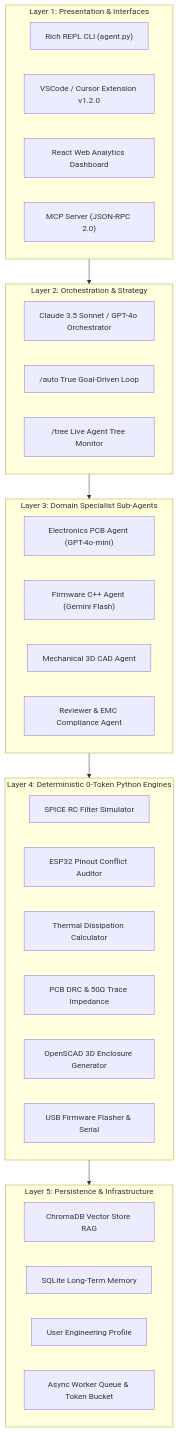
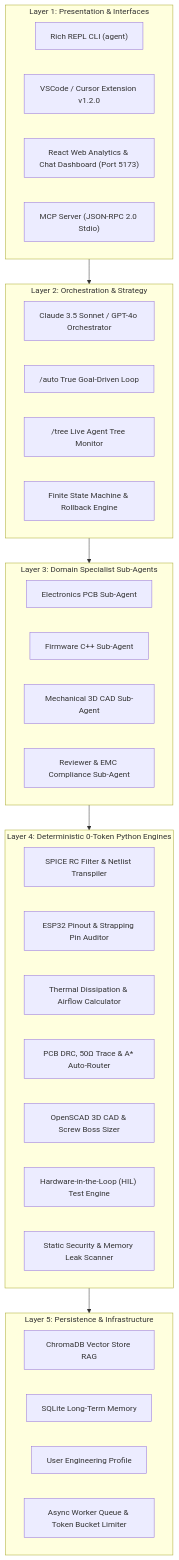
One commit to Alihanesentas/agent_system changed the diagram in README.md. Above: the diagram before and after it, drawn with Mermaid. The commit also changed other lines of this file and 1 other file, not shown here.

Commit message:
docs(master): rewrite all documentation in professional English, update MIT license, ecosystem architecture, framework comparisons, and manual

````diff
--- a/README.md
+++ b/README.md
@@ -23,43 +23,45 @@
 ```mermaid
 graph TD
     subgraph Layer1["Layer 1: Presentation & Interfaces"]
-        CLI["Rich REPL CLI (agent.py)"]
+        CLI["Rich REPL CLI (agent)"]
         VSC["VSCode / Cursor Extension v1.2.0"]
-        WEB["React Web Analytics Dashboard"]
-        MCP["MCP Server (JSON-RPC 2.0)"]
+        WEB["React Web Analytics & Chat Dashboard (Port 5173)"]
+        MCP["MCP Server (JSON-RPC 2.0 Stdio)"]
     end
 
     subgraph Layer2["Layer 2: Orchestration & Strategy"]
         ORCH["Claude 3.5 Sonnet / GPT-4o Orchestrator"]
         AUTO["/auto True Goal-Driven Loop"]
         TREE["/tree Live Agent Tree Monitor"]
+        FSM["Finite State Machine & Rollback Engine"]
     end
 
     subgraph Layer3["Layer 3: Domain Specialist Sub-Agents"]
-        HW_AGENT["Electronics PCB Agent (GPT-4o-mini)"]
-        SW_AGENT["Firmware C++ Agent (Gemini Flash)"]
-        CAD_AGENT["Mechanical 3D CAD Agent"]
-        REV_AGENT["Reviewer & EMC Compliance Agent"]
+        HW_AGENT["Electronics PCB Sub-Agent"]
+        SW_AGENT["Firmware C++ Sub-Agent"]
+        CAD_AGENT["Mechanical 3D CAD Sub-Agent"]
+        REV_AGENT["Reviewer & EMC Compliance Sub-Agent"]
     end
 
     subgraph Layer4["Layer 4: Deterministic 0-Token Python Engines"]
-        SPICE["SPICE RC Filter Simulator"]
-        PINOUT["ESP32 Pinout Conflict Auditor"]
-        THERMAL["Thermal Dissipation Calculator"]
-        DRC["PCB DRC & 50Ω Trace Impedance"]
-        CAD["OpenSCAD 3D Enclosure Generator"]
-        FLASHER["USB Firmware Flasher & Serial"]
+        SPICE["SPICE RC Filter & Netlist Transpiler"]
+        PINOUT["ESP32 Pinout & Strapping Pin Auditor"]
+        THERMAL["Thermal Dissipation & Airflow Calculator"]
+        DRC["PCB DRC, 50Ω Trace & A* Auto-Router"]
+        CAD["OpenSCAD 3D CAD & Screw Boss Sizer"]
+        HIL["Hardware-in-the-Loop (HIL) Test Engine"]
+        SEC["Static Security & Memory Leak Scanner"]
     end
 
     subgraph Layer5["Layer 5: Persistence & Infrastructure"]
         RAG["ChromaDB Vector Store RAG"]
         MEM["SQLite Long-Term Memory"]
         PROFILE["User Engineering Profile"]
-        QUEUE["Async Worker Queue & Token Bucket"]
+        QUEUE["Async Worker Queue & Token Bucket Limiter"]
     end
 
     Layer1 --> Layer2
     Layer2 --> Layer3
     Layer3 --> Layer4
     Layer4 --> Layer5
 ```
````
